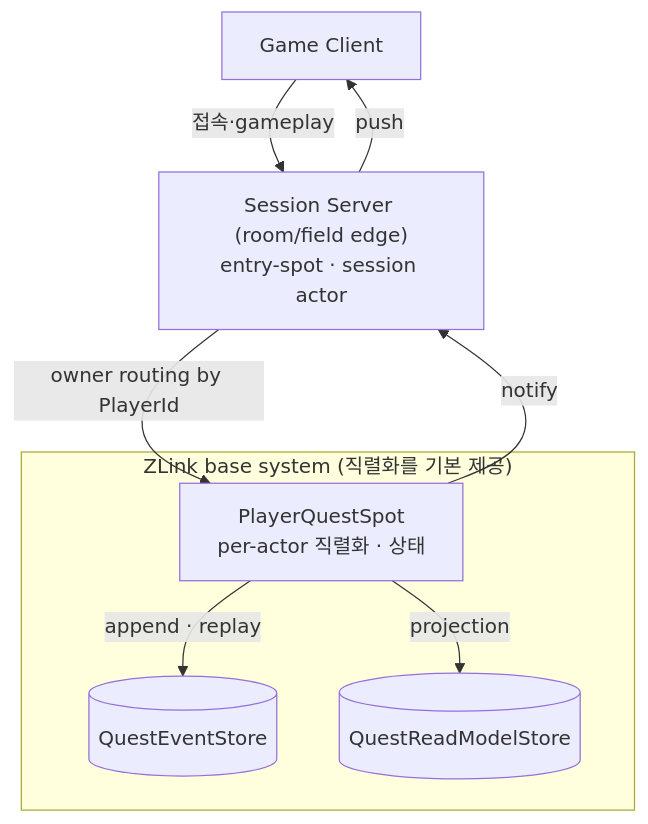
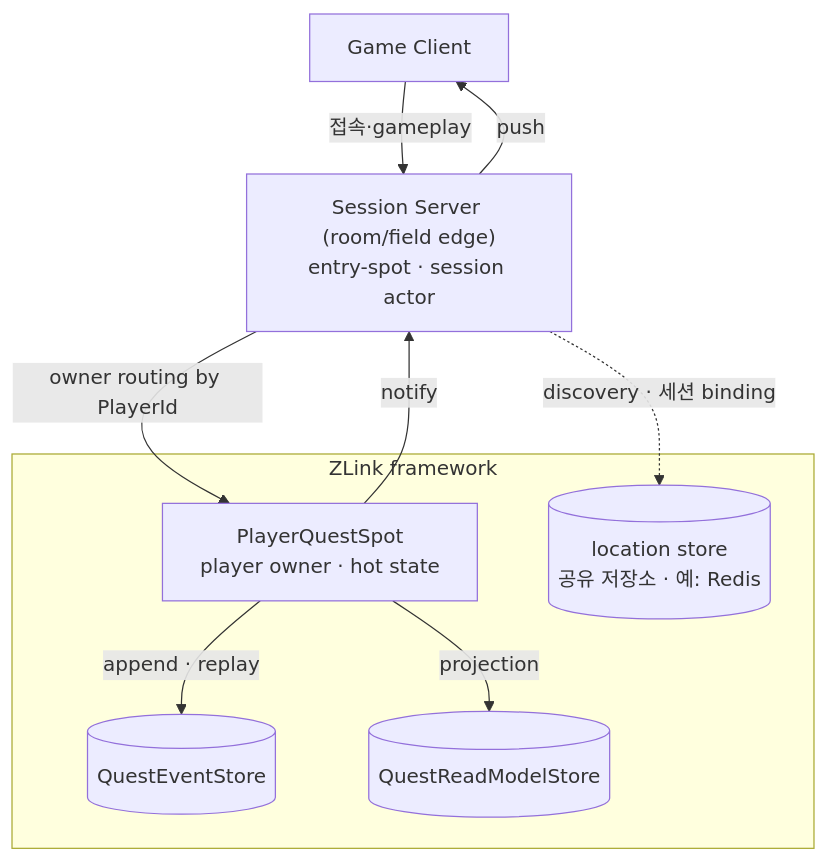
Before and after one commit to kairos-code-dev/zlink: the second of 5 diagrams in framework/doc/framework/common/sample/event/gamequest.ko.md, drawn with Mermaid. The commit also changed other lines of this file and 1 other file, not shown here.

First line of the commit message:
docs(framework): GameQuest 시나리오를 owner routing 구현 기준으로 재정리

````diff
--- a/framework/doc/framework/common/sample/event/gamequest.ko.md
+++ b/framework/doc/framework/common/sample/event/gamequest.ko.md
@@ -120,18 +132,20 @@
 ```mermaid
 graph TD
     C[Game Client]
     SS["Session Server (room/field edge)<br/>entry-spot · session actor"]
 
-    subgraph BASE["ZLink base system (직렬화를 기본 제공)"]
-        SP["PlayerQuestSpot<br/>per-actor 직렬화 · 상태"]
+    subgraph BASE["ZLink framework"]
+        SP["PlayerQuestSpot<br/>player owner · hot state"]
         EVS[("QuestEventStore")]
         RM[("QuestReadModelStore")]
+        LS[("location store<br/>공유 저장소 · 예: Redis")]
     end
 
     C -->|접속·gameplay| SS
+    SS -. discovery · 세션 binding .-> LS
     SS -->|owner routing by PlayerId| SP
     SP -->|append · replay| EVS
     SP -->|projection| RM
     SP -->|notify| SS
     SS -->|push| C
 ```
````
